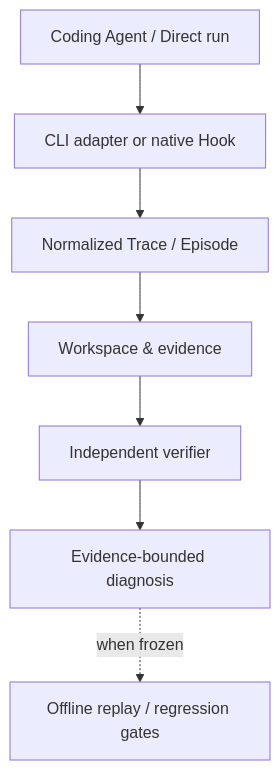
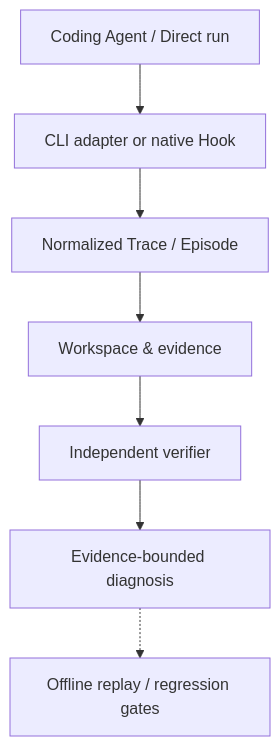
Before and after one commit to a27497/samescale: the diagram in README.md, drawn with Mermaid. The commit also changed other lines of this file, not shown here.

Commit message:
docs: fix recruiter README Mermaid rendering

````diff
--- a/README.md
+++ b/README.md
@@ -24,9 +24,9 @@
 ```mermaid
 flowchart TD
     A["Coding Agent / Direct run"] --> B["CLI adapter or native Hook"]
     B --> C["Normalized Trace / Episode"]
     C --> D["Workspace & evidence"]
     D --> E["Independent verifier"]
     E --> F["Evidence-bounded diagnosis"]
-    F -. "when frozen" .-> G["Offline replay / regression gates"]
+    F -.-> G["Offline replay / regression gates"]
 ```
````
